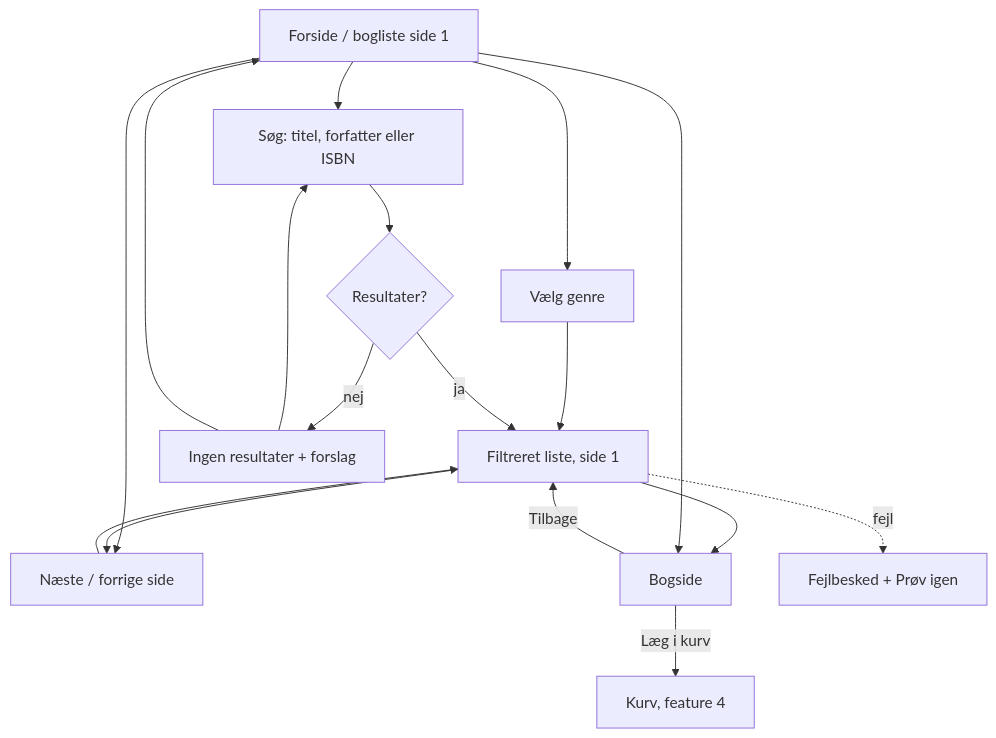
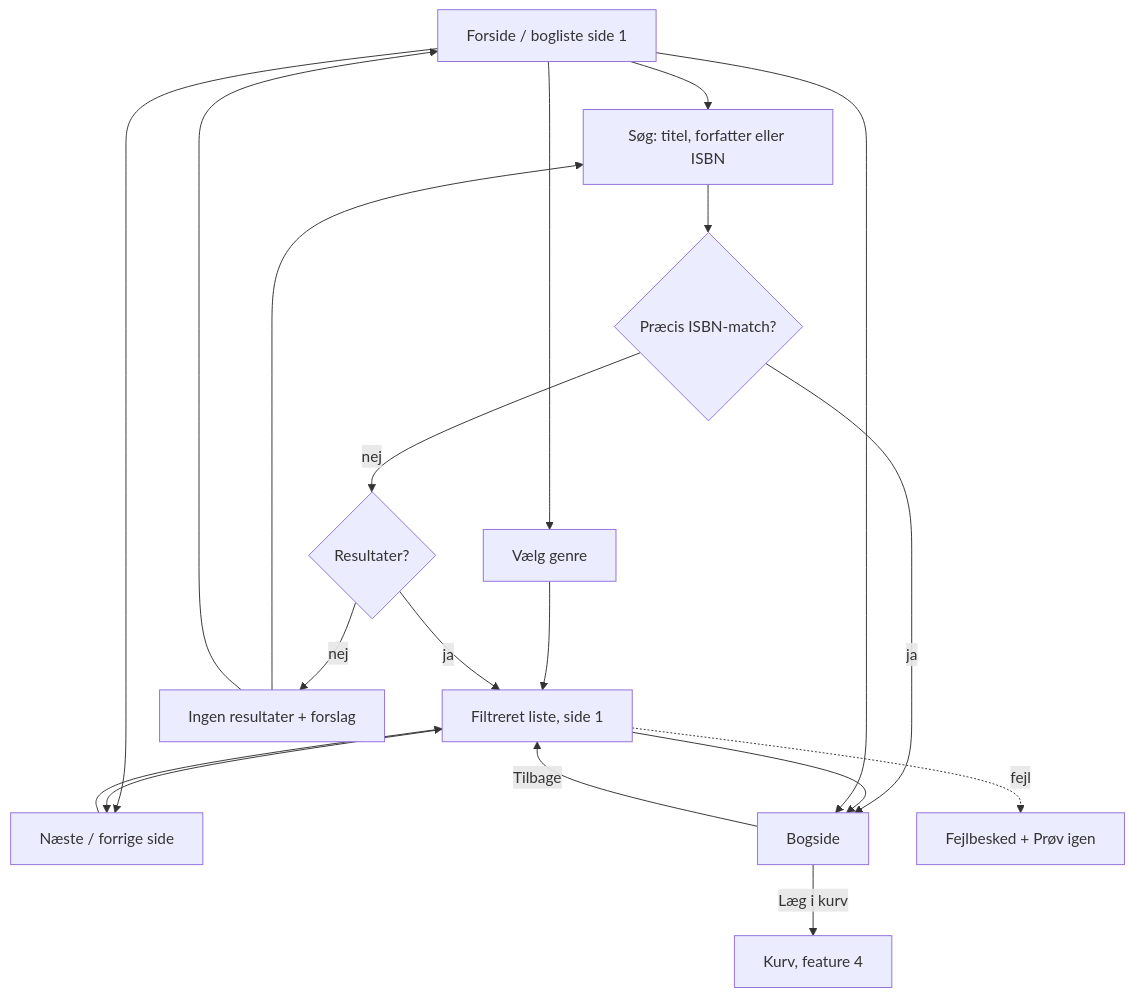
Before and after one commit to chjort/bookshop: the diagram in docs/design/browse-search.md, drawn with Mermaid. The commit also changed other lines of this file, not shown here.

````diff
--- a/docs/design/browse-search.md
+++ b/docs/design/browse-search.md
@@ -11,19 +11,21 @@
 ```mermaid
 flowchart TD
     A[Forside / bogliste side 1] --> G[Vælg genre]
     A --> S[Søg: titel, forfatter eller ISBN]
     A --> P[Næste / forrige side]
     G --> L[Filtreret liste, side 1]
-    S --> R{Resultater?}
+    S --> I{Præcis ISBN-match?}
+    I -- ja --> B
+    I -- nej --> R{Resultater?}
     R -- ja --> L
     R -- nej --> E[Ingen resultater + forslag]
     E --> S
     E --> A
     L --> P
     P --> L
     L --> B[Bogside]
     A --> B
     B -->|Tilbage| L
     B -->|Læg i kurv| C[Kurv, feature 4]
     L -. fejl .-> X[Fejlbesked + Prøv igen]
 ```
````
